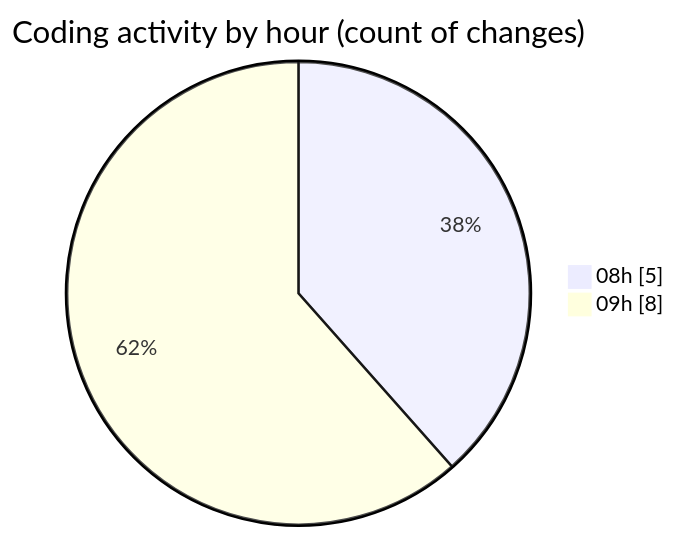
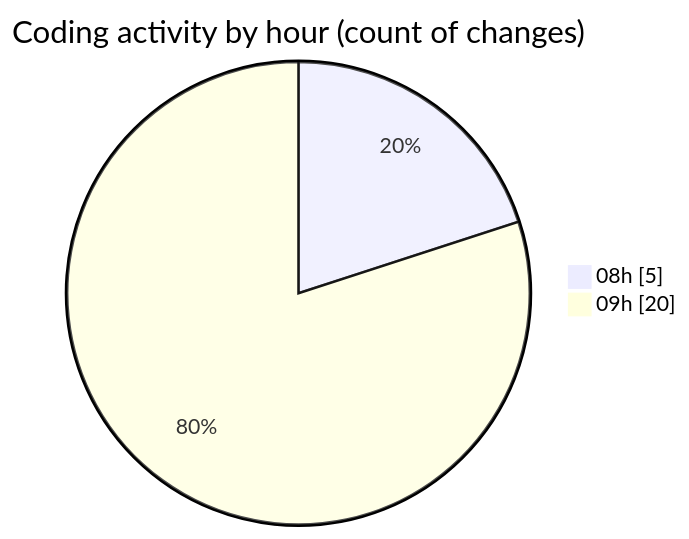
The second of 2 diagrams in 2025-11-24/cda/README.md (momahboobian/code-tracking), drawn with Mermaid before and after one commit. The commit also changed other lines of this file and 1 other file, not shown here.

````diff
--- a/2025-11-24/cda/README.md
+++ b/2025-11-24/cda/README.md
@@ -33,6 +34,6 @@
 ```mermaid
 pie showData
 title Coding activity by hour (count of changes)
 "08h" : 5
-"09h" : 8
+"09h" : 20
 ```
````
